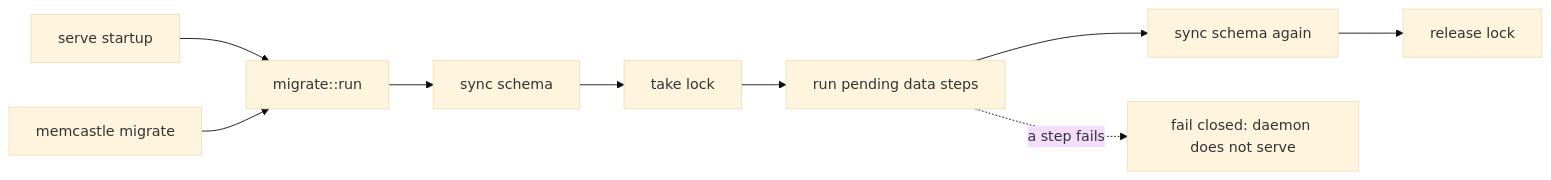
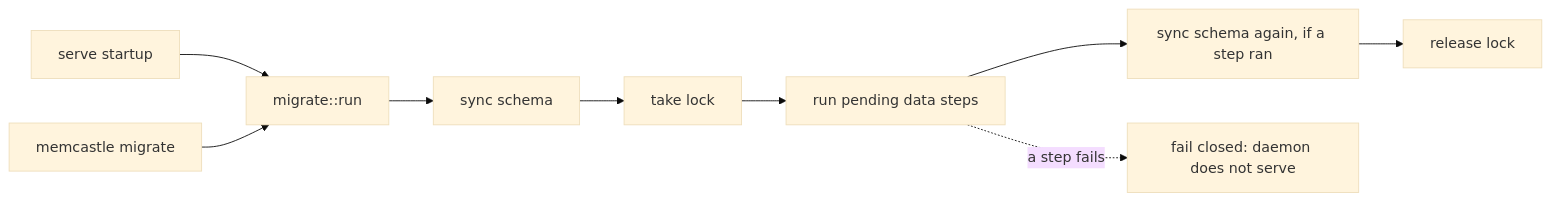
The fourth of 8 diagrams in docs/architecture.md (noirbizarre/memcastle), drawn with Mermaid (base theme) before and after one commit. The commit also changed 3 other files, not shown here.

First line of the commit message:
perf(migrate): skip the second schema sync when no data migration ran

````diff
--- a/docs/architecture.md
+++ b/docs/architecture.md
@@ -151,11 +151,11 @@
 ```mermaid
 flowchart LR
     S[serve startup] --> R[migrate::run]
     M["memcastle migrate"] --> R
     R --> A[sync schema]
     A --> B[take lock]
     B --> C[run pending data steps]
-    C --> D[sync schema again]
+    C -->     D[sync schema again, if a step ran]
     D --> E[release lock]
     C -.->|a step fails| F[fail closed: daemon does not serve]
 ```
````
